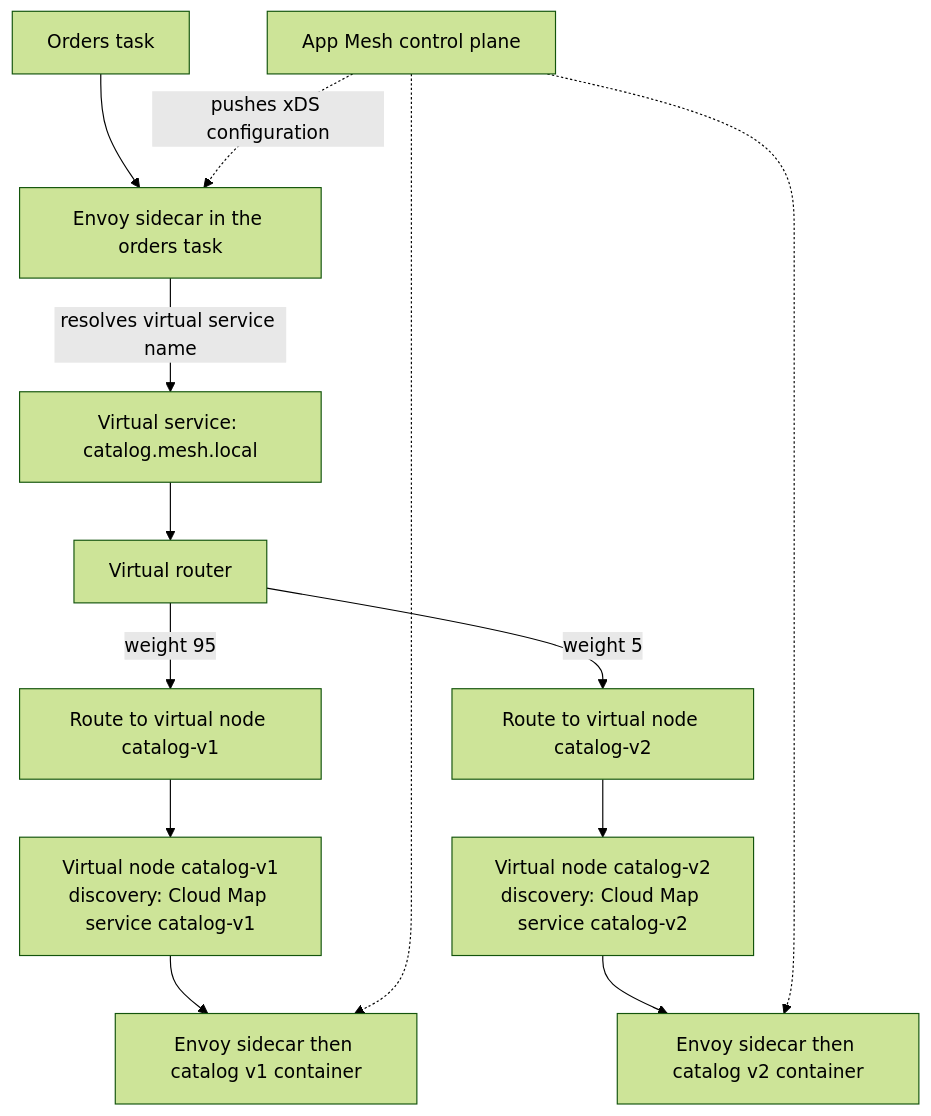
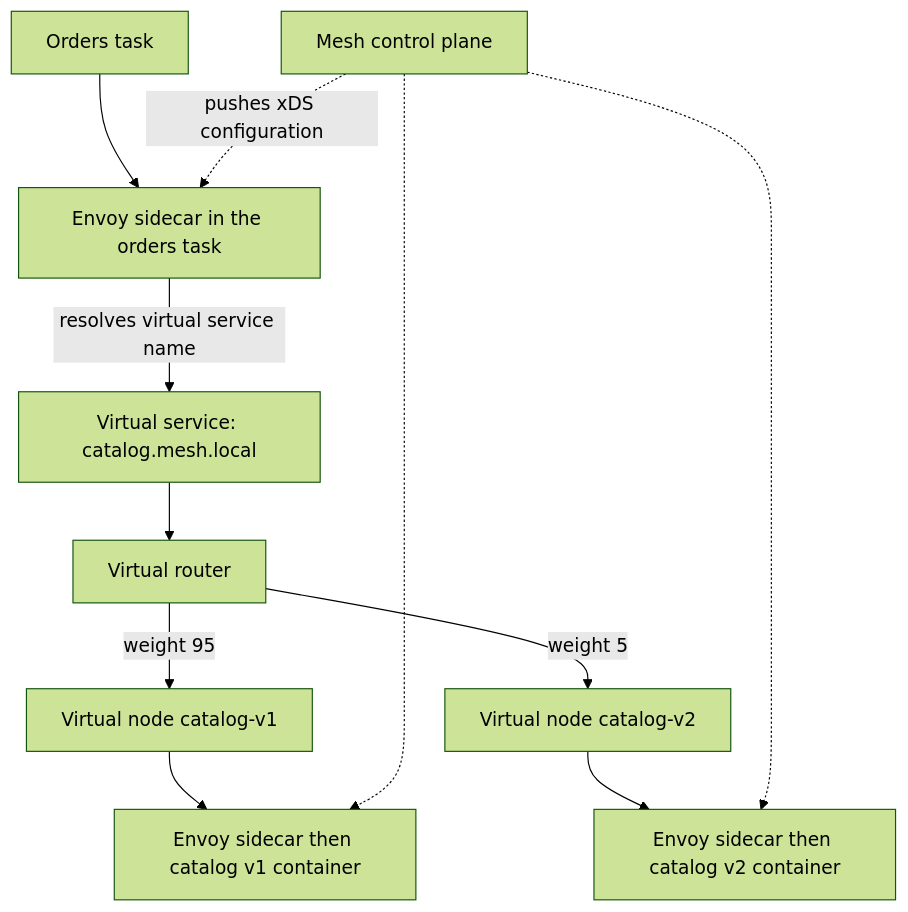
One commit to norbutlepcha25/dso303 changed the third of 5 diagrams in docs/unit4/topic2.md. Above: the diagram before and after it, drawn with Mermaid (forest theme). The commit also changed other lines of this file and 12 other files, not shown here.

````diff
--- a/docs/unit4/topic2.md
+++ b/docs/unit4/topic2.md
@@ -229,15 +288,13 @@
 ```mermaid
 flowchart TD
     CLIENT["Orders task"] --> ENVOYA["Envoy sidecar in the orders task"]
     ENVOYA -->|"resolves virtual service name"| VS["Virtual service: catalog.mesh.local"]
     VS --> VR["Virtual router"]
-    VR -->|"weight 95"| RN1["Route to virtual node catalog-v1"]
-    VR -->|"weight 5"| RN2["Route to virtual node catalog-v2"]
-    RN1 --> VN1["Virtual node catalog-v1<br/>discovery: Cloud Map service catalog-v1"]
-    RN2 --> VN2["Virtual node catalog-v2<br/>discovery: Cloud Map service catalog-v2"]
+    VR -->|"weight 95"| VN1["Virtual node catalog-v1"]
+    VR -->|"weight 5"| VN2["Virtual node catalog-v2"]
     VN1 --> T1["Envoy sidecar then catalog v1 container"]
     VN2 --> T2["Envoy sidecar then catalog v2 container"]
-    CP["App Mesh control plane"] -.->|"pushes xDS configuration"| ENVOYA
+    CP["Mesh control plane"] -.->|"pushes xDS configuration"| ENVOYA
     CP -.-> T1
     CP -.-> T2
 ```
````
